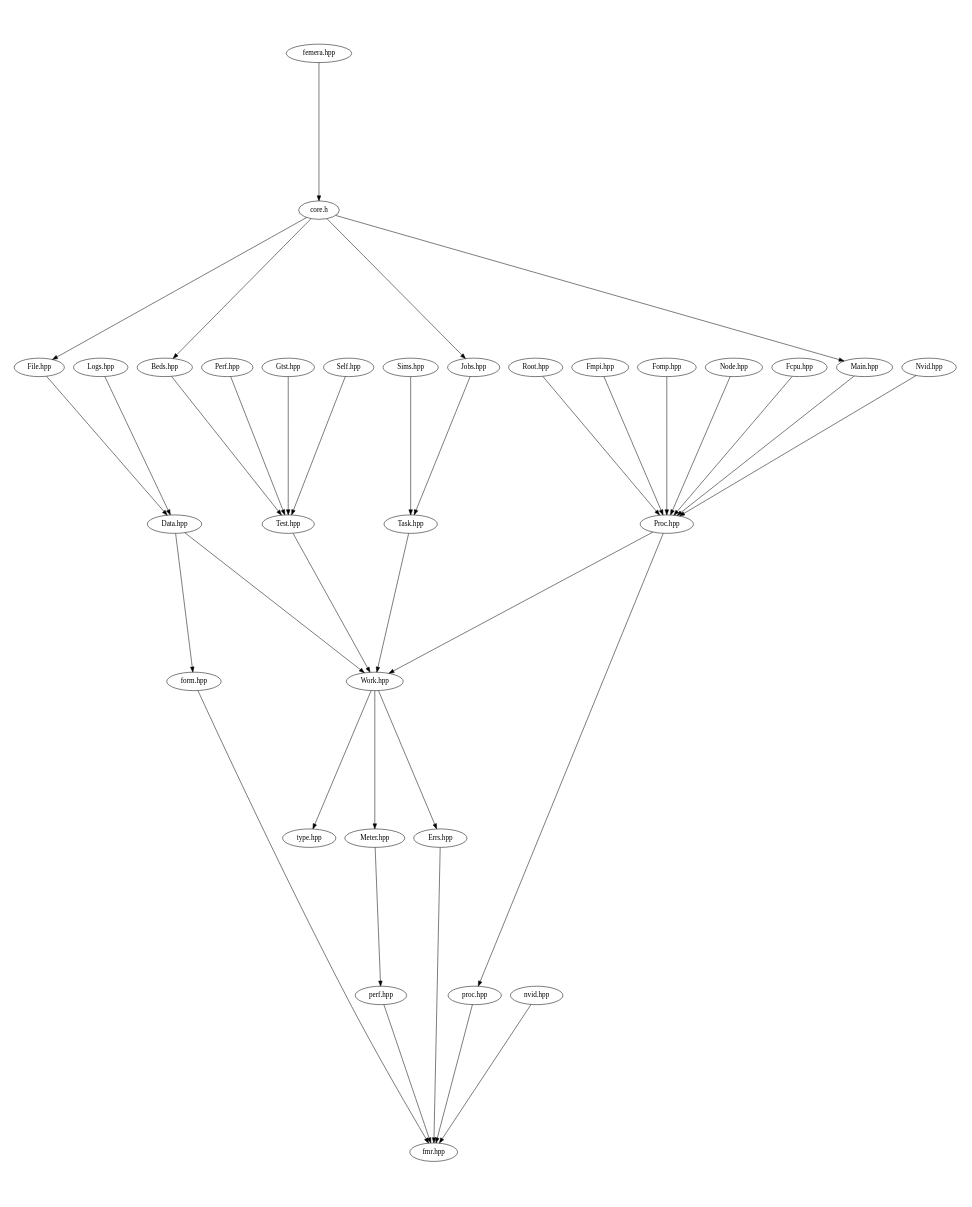
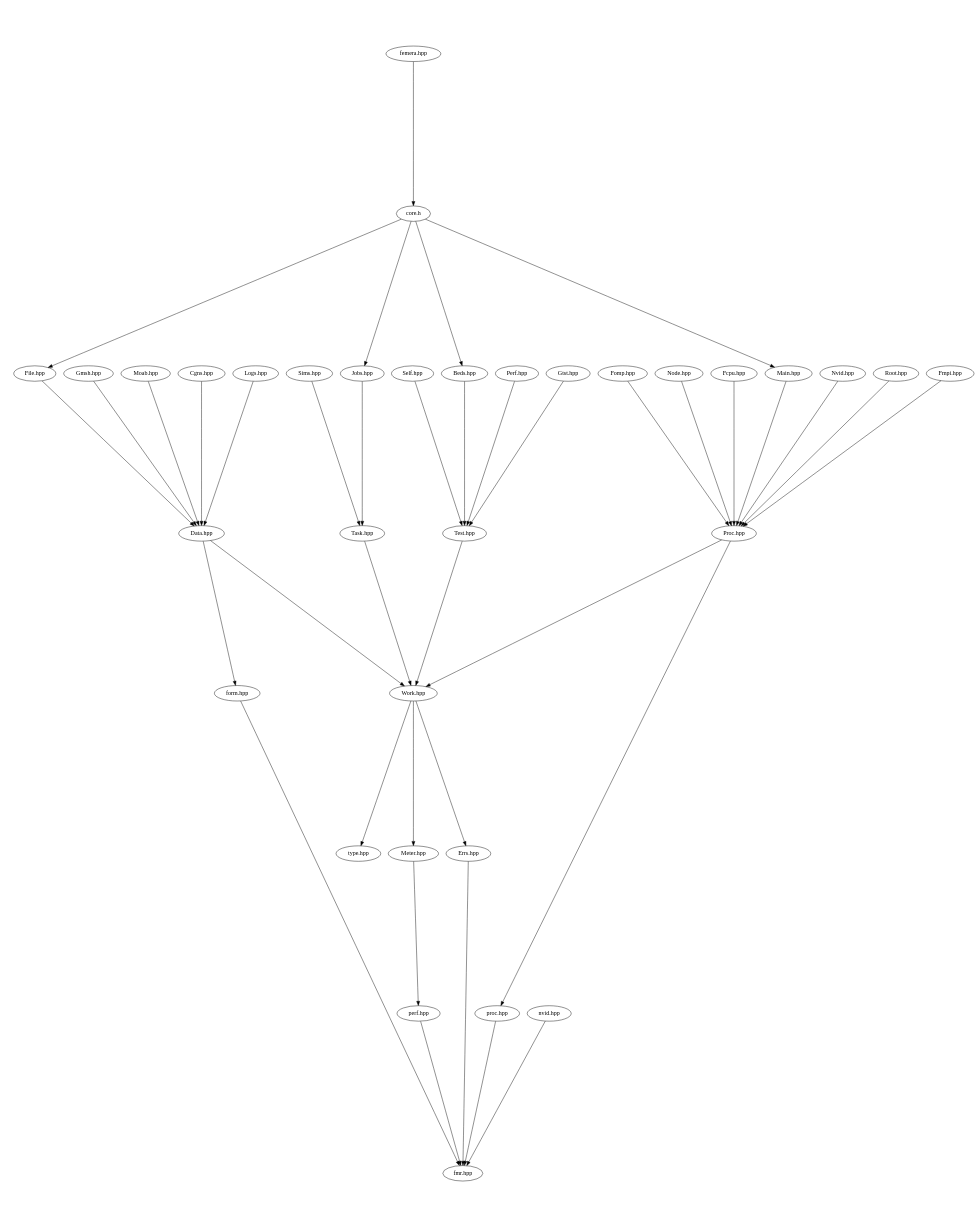
Before and after one commit to waggyz/femera-mini-app: the diagram in src/docs/src-headers.dot, drawn with Graphviz. The commit also changed 24 other files, not shown here.

Commit message:
added CGNS, Moab, and Gmsh data handlers

```diff
--- a/src/docs/src-headers.dot
+++ b/src/docs/src-headers.dot
@@ -1,43 +1,46 @@
 digraph "source tree" {
     overlap=scale;
     size="8,10";
     ratio="fill";
     fontsize="16";
     fontname="Helvetica";
 	clusterrank="local";
 	"Meter.hpp" -> "perf.hpp"
 	"Work.hpp" -> "Errs.hpp"
 	"Proc.hpp" -> "proc.hpp"
 	"Nvid.hpp" -> "Proc.hpp"
 	"Root.hpp" -> "Proc.hpp"
 	"Perf.hpp" -> "Test.hpp"
 	"core.h" -> "Main.hpp"
 	"nvid.hpp" -> "fmr.hpp"
 	"perf.hpp" -> "fmr.hpp"
 	"Fmpi.hpp" -> "Proc.hpp"
 	"Test.hpp" -> "Work.hpp"
 	"Fomp.hpp" -> "Proc.hpp"
 	"core.h" -> "Beds.hpp"
 	"Errs.hpp" -> "fmr.hpp"
 	"Task.hpp" -> "Work.hpp"
+	"Gmsh.hpp" -> "Data.hpp"
 	"Node.hpp" -> "Proc.hpp"
 	"Data.hpp" -> "form.hpp"
 	"File.hpp" -> "Data.hpp"
 	"Beds.hpp" -> "Test.hpp"
 	"form.hpp" -> "fmr.hpp"
 	"Gtst.hpp" -> "Test.hpp"
 	"Data.hpp" -> "Work.hpp"
 	"Work.hpp" -> "Meter.hpp"
 	"proc.hpp" -> "fmr.hpp"
 	"Work.hpp" -> "type.hpp"
 	"Fcpu.hpp" -> "Proc.hpp"
+	"Moab.hpp" -> "Data.hpp"
+	"Cgns.hpp" -> "Data.hpp"
 	"core.h" -> "File.hpp"
 	"Logs.hpp" -> "Data.hpp"
 	"Self.hpp" -> "Test.hpp"
 	"core.h" -> "Jobs.hpp"
 	"Proc.hpp" -> "Work.hpp"
 	"Sims.hpp" -> "Task.hpp"
 	"femera.hpp" -> "core.h"
 	"Main.hpp" -> "Proc.hpp"
 	"Jobs.hpp" -> "Task.hpp"
 }
```
